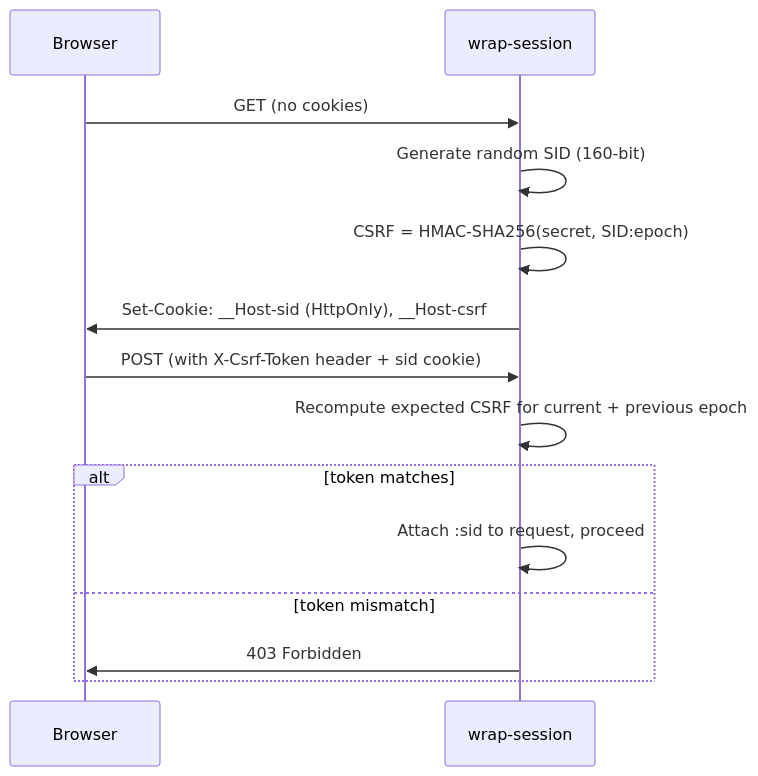
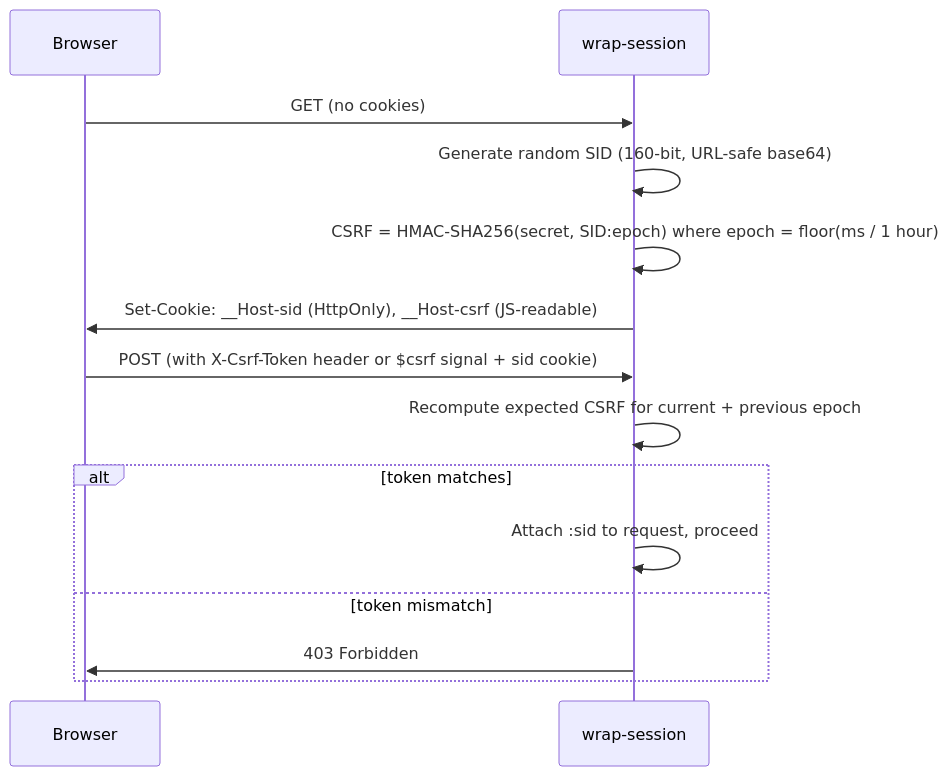
The eighth of 8 diagrams in data_flow.md (jindrichmynarz/localquiz), drawn with Mermaid before and after one commit. The commit also changed other lines of this file, not shown here.

Commit message:
Update the data flow

````diff
--- a/data_flow.md
+++ b/data_flow.md
@@ -171,18 +214,18 @@
 ```mermaid
 sequenceDiagram
     participant B as Browser
     participant MW as wrap-session
 
     B->>MW: GET (no cookies)
-    MW->>MW: Generate random SID (160-bit)
-    MW->>MW: CSRF = HMAC-SHA256(secret, SID:epoch)
-    MW->>B: Set-Cookie: __Host-sid (HttpOnly), __Host-csrf
+    MW->>MW: Generate random SID (160-bit, URL-safe base64)
+    MW->>MW: CSRF = HMAC-SHA256(secret, SID:epoch) where epoch = floor(ms / 1 hour)
+    MW->>B: Set-Cookie: __Host-sid (HttpOnly), __Host-csrf (JS-readable)
 
-    B->>MW: POST (with X-Csrf-Token header + sid cookie)
+    B->>MW: POST (with X-Csrf-Token header or $csrf signal + sid cookie)
     MW->>MW: Recompute expected CSRF for current + previous epoch
     alt token matches
         MW->>MW: Attach :sid to request, proceed
     else token mismatch
         MW->>B: 403 Forbidden
     end
 ```
````
